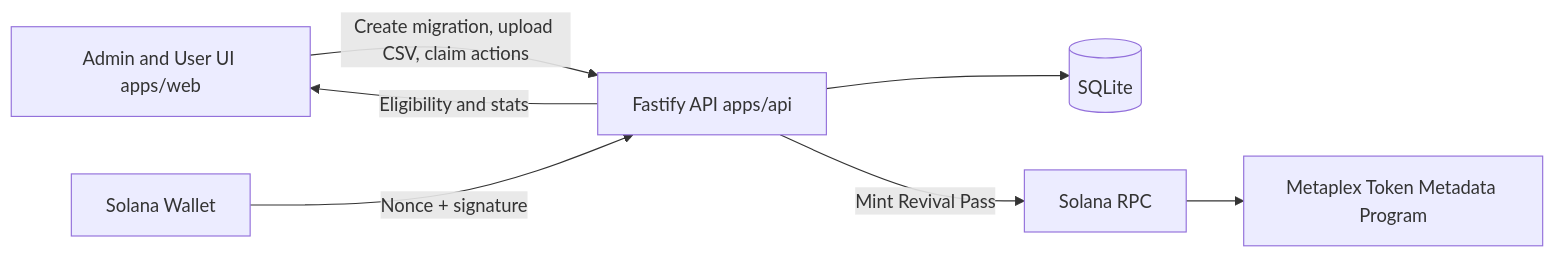
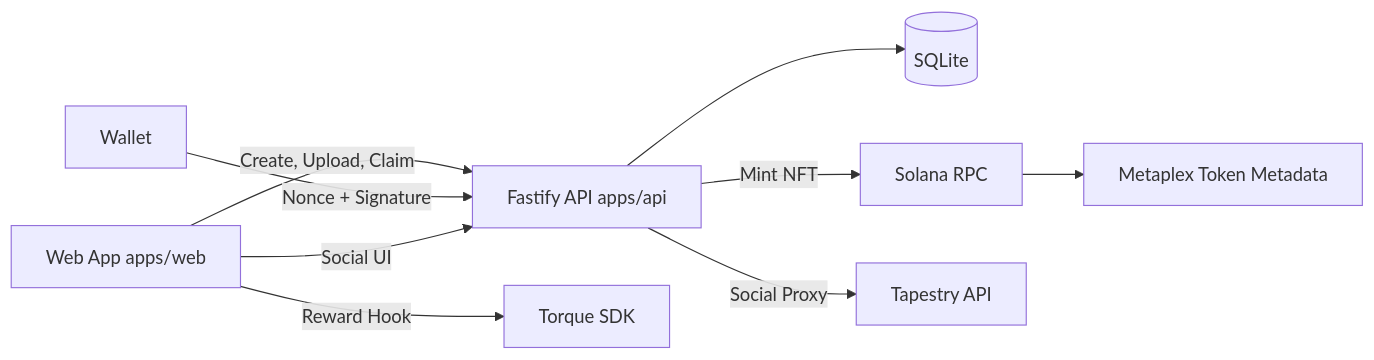
The first of 2 diagrams in README.md (femmudas/revivepass), drawn with Mermaid before and after one commit. The commit also changed other lines of this file and 18 other files, not shown here.

Commit message:
Remove Sunrise, add Torque and Tapestry integration

````diff
--- a/README.md
+++ b/README.md
@@ -36,9 +35,11 @@
 ```mermaid
 flowchart LR
-  A[Admin and User UI apps/web] -->|Create migration, upload CSV, claim actions| B[Fastify API apps/api]
+  A[Web App apps/web] -->|Create, Upload, Claim| B[Fastify API apps/api]
   B --> C[(SQLite)]
-  D[Solana Wallet] -->|Nonce + signature| B
-  B -->|Mint Revival Pass| E[Solana RPC]
-  E --> F[Metaplex Token Metadata Program]
-  B -->|Eligibility and stats| A
+  D[Wallet] -->|Nonce + Signature| B
+  B -->|Mint NFT| E[Solana RPC]
+  E --> F[Metaplex Token Metadata]
+  A -->|Reward Hook| G[Torque SDK]
+  B -->|Social Proxy| H[Tapestry API]
+  A -->|Social UI| B
 ```
````
